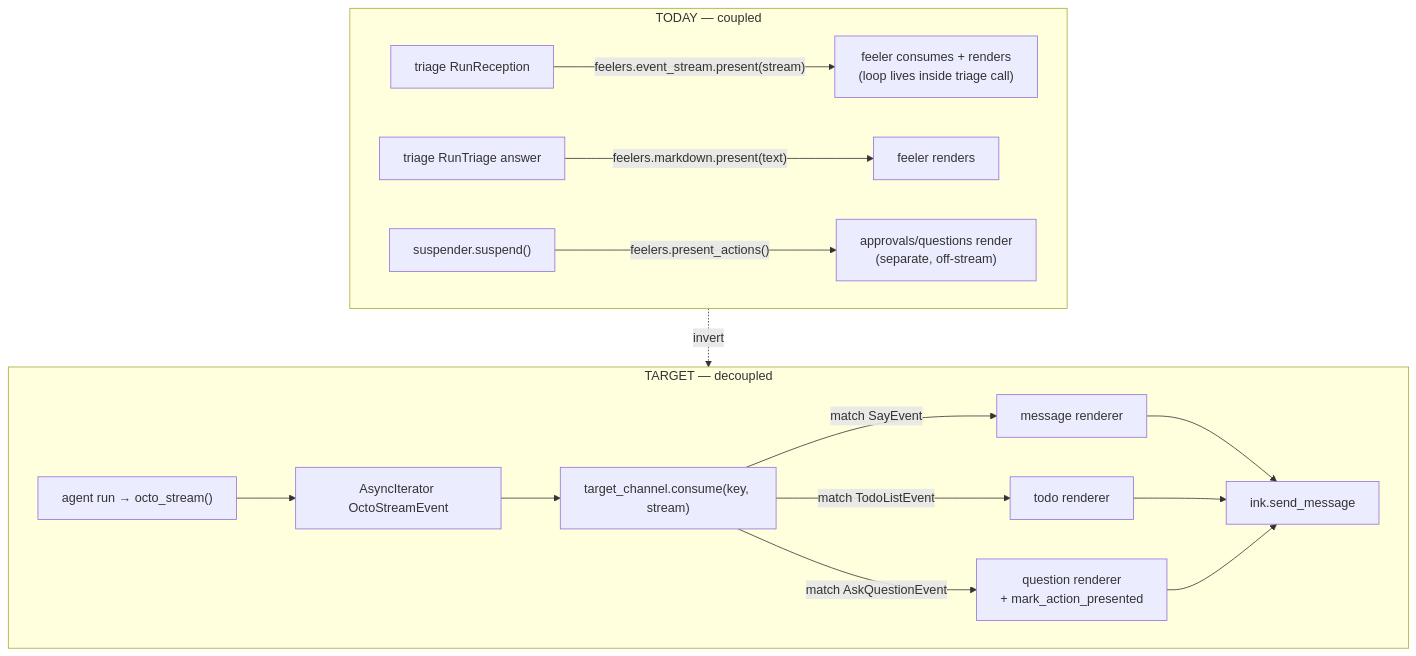
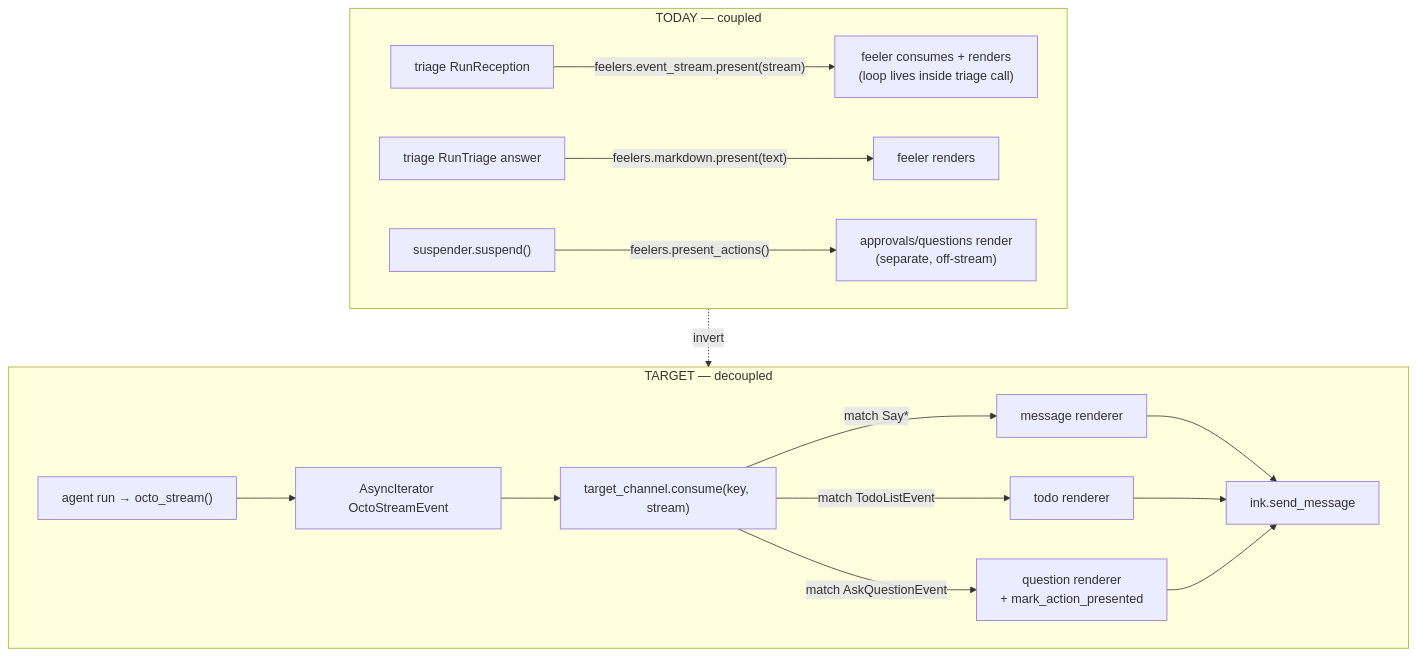
One commit to kalynnka/octomate changed the second of 6 diagrams in docs/plans/agent-event-stream.md. Above: the diagram before and after it, drawn with Mermaid. The commit also changed other lines of this file and 2 other files, not shown here.

First line of the commit message:
feat(stream): OctoStreamEvent types — Say lifecycle trio + one union (UoW-1)

````diff
--- a/docs/plans/agent-event-stream.md
+++ b/docs/plans/agent-event-stream.md
@@ -55,19 +55,19 @@
 ```mermaid
 flowchart TB
     subgraph NOW["TODAY — coupled"]
         T1["triage RunReception"] -->|"feelers.event_stream.present(stream)"| F1["feeler consumes + renders<br/>(loop lives inside triage call)"]
         T2["triage RunTriage answer"] -->|"feelers.markdown.present(text)"| F2["feeler renders"]
         S1["suspender.suspend()"] -->|"feelers.present_actions()"| F3["approvals/questions render<br/>(separate, off-stream)"]
     end
 
     subgraph TARGET["TARGET — decoupled"]
         P["agent run → octo_stream()"] --> ST["AsyncIterator OctoStreamEvent"]
         ST --> C["target_channel.consume(key, stream)"]
-        C -->|match SayEvent| R1["message renderer"]
+        C -->|match Say*| R1["message renderer"]
         C -->|match TodoListEvent| R2["todo renderer"]
         C -->|match AskQuestionEvent| R3["question renderer<br/>+ mark_action_presented"]
         R1 & R2 & R3 --> INK["ink.send_message"]
     end
 
     NOW -. invert .-> TARGET
 ```
````
